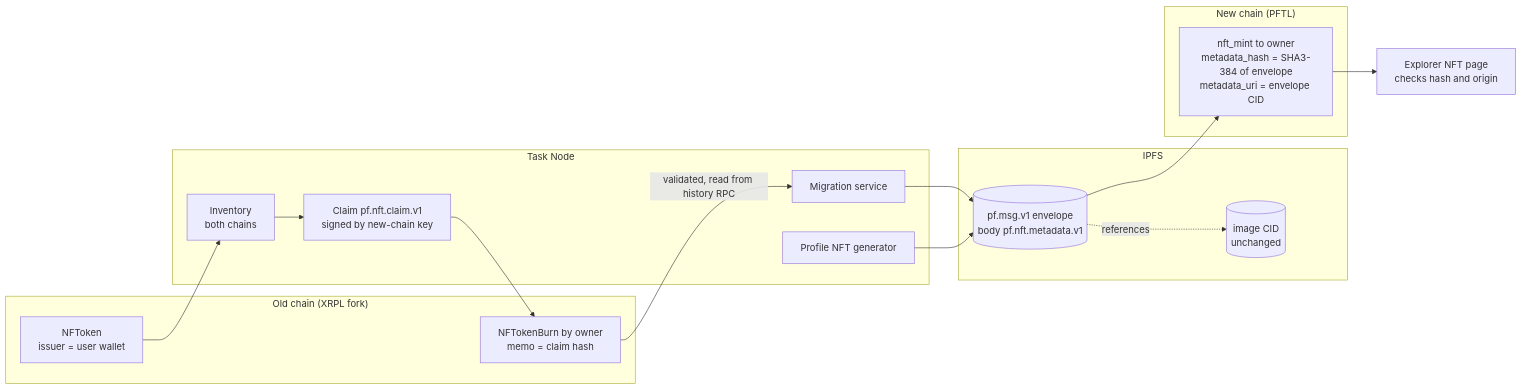
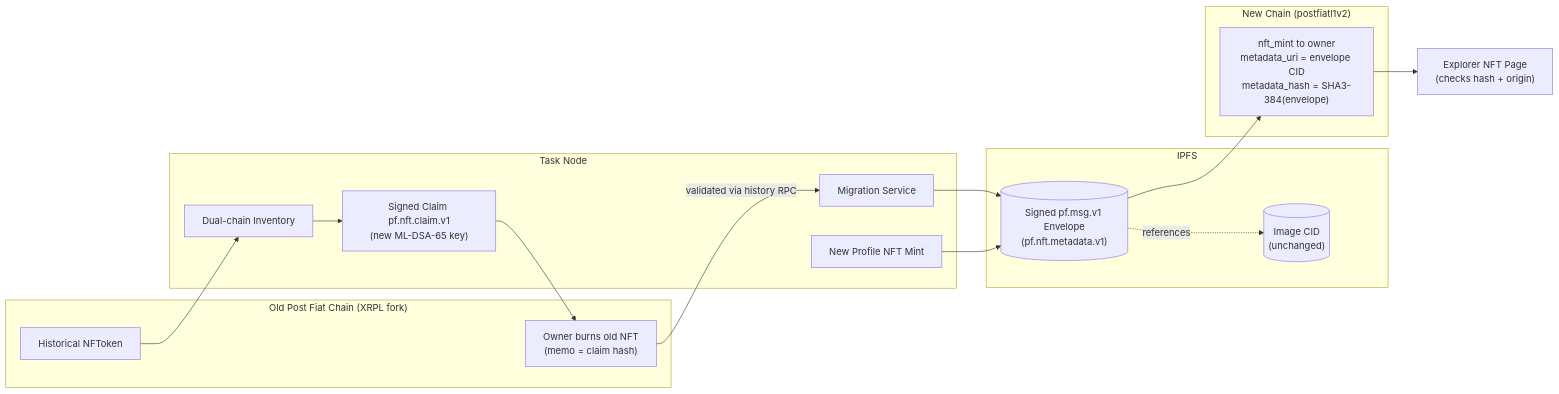
Before and after one commit to postfiatorg/postfiatl1v2: the diagram in big_milestone/pillars/04-nft-system.md, drawn with Mermaid. The commit also changed other lines of this file and 45 other files, not shown here.

````diff
--- a/big_milestone/pillars/04-nft-system.md
+++ b/big_milestone/pillars/04-nft-system.md
@@ -58,27 +21,27 @@
 ```mermaid
 flowchart LR
-    subgraph OLD["Old chain (XRPL fork)"]
-      O1["NFToken<br/>issuer = user wallet"]
-      OB["NFTokenBurn by owner<br/>memo = claim hash"]
+    subgraph OLD["Old Post Fiat Chain (XRPL fork)"]
+      O1["Historical NFToken"]
+      OB["Owner burns old NFT<br/>(memo = claim hash)"]
     end
     subgraph TN["Task Node"]
-      INV["Inventory<br/>both chains"]
-      CL["Claim pf.nft.claim.v1<br/>signed by new-chain key"]
-      MS[Migration service]
-      GEN[Profile NFT generator]
+      INV["Dual-chain Inventory"]
+      CL["Signed Claim pf.nft.claim.v1<br/>(new ML-DSA-65 key)"]
+      MS["Migration Service"]
+      GEN["New Profile NFT Mint"]
     end
     subgraph IPFS
-      IMG[("image CID<br/>unchanged")]
-      ENV[("pf.msg.v1 envelope<br/>body pf.nft.metadata.v1")]
+      IMG[("Image CID<br/>(unchanged)")]
+      ENV[("Signed pf.msg.v1 Envelope<br/>(pf.nft.metadata.v1)")]
     end
-    subgraph NEW["New chain (PFTL)"]
-      N1["nft_mint to owner<br/>metadata_hash = SHA3-384 of envelope<br/>metadata_uri = envelope CID"]
+    subgraph NEW["New Chain (postfiatl1v2)"]
+      N1["nft_mint to owner<br/>metadata_uri = envelope CID<br/>metadata_hash = SHA3-384(envelope)"]
     end
     O1 --> INV --> CL --> OB
-    OB -->|"validated, read from history RPC"| MS
+    OB -->|"validated via history RPC"| MS
     MS --> ENV
     GEN --> ENV
     ENV -.->|references| IMG
     ENV --> N1
-    N1 --> EX["Explorer NFT page<br/>checks hash and origin"]
+    N1 --> EX["Explorer NFT Page<br/>(checks hash + origin)"]
 ```
````
